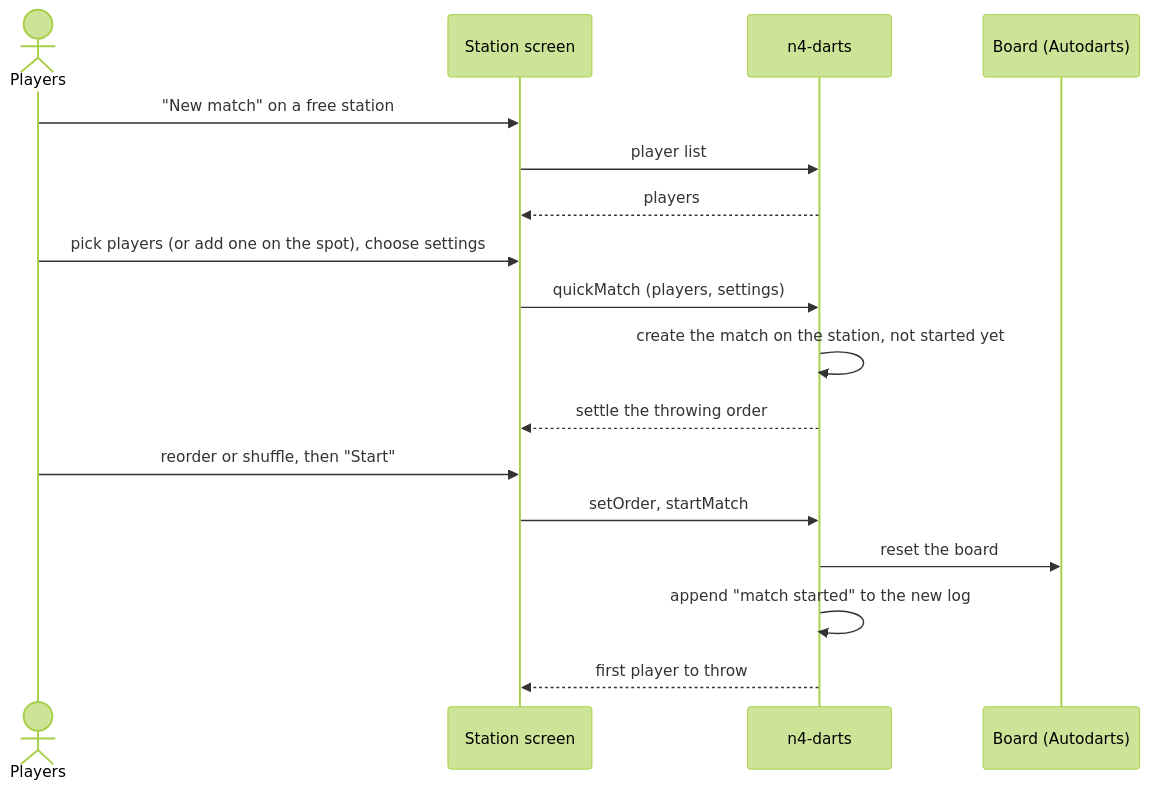
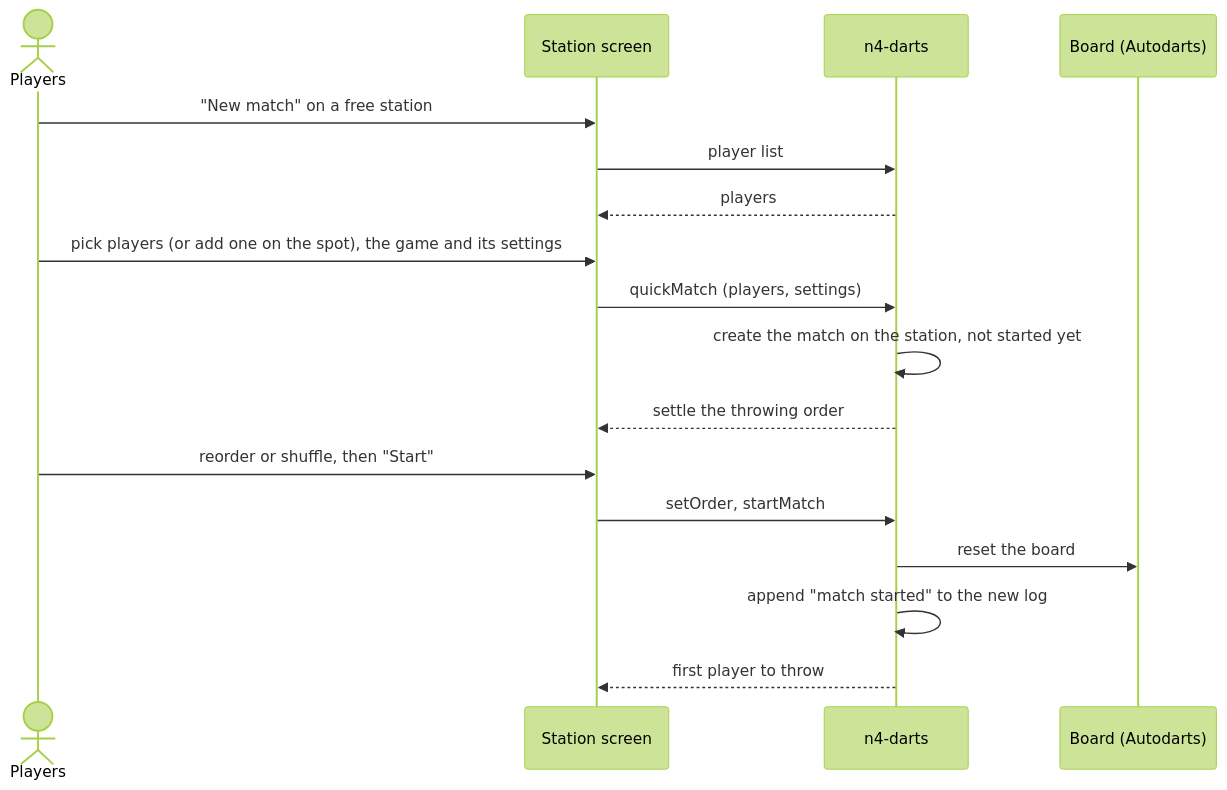
One commit to sverbach/n4-darts changed the third of 7 diagrams in docs/architecture/06-runtime-view.md. Above: the diagram before and after it, drawn with Mermaid (forest theme). The commit also changed other lines of this file and 7 other files, not shown here.

Commit message:
Party modes in the docs: ADR 0012, glossary, architecture and UI pages (party-modes 06)

````diff
--- a/docs/architecture/06-runtime-view.md
+++ b/docs/architecture/06-runtime-view.md
@@ -53,20 +53,20 @@
 ```mermaid
 sequenceDiagram
     actor P as Players
     participant S as Station screen
     participant N as n4-darts
     participant B as Board (Autodarts)
 
     P->>S: "New match" on a free station
     S->>N: player list
     N-->>S: players
-    P->>S: pick players (or add one on the spot), choose settings
+    P->>S: pick players (or add one on the spot), the game and its settings
     S->>N: quickMatch (players, settings)
     N->>N: create the match on the station, not started yet
     N-->>S: settle the throwing order
     P->>S: reorder or shuffle, then "Start"
     S->>N: setOrder, startMatch
     N->>B: reset the board
     N->>N: append "match started" to the new log
     N-->>S: first player to throw
 ```
````
